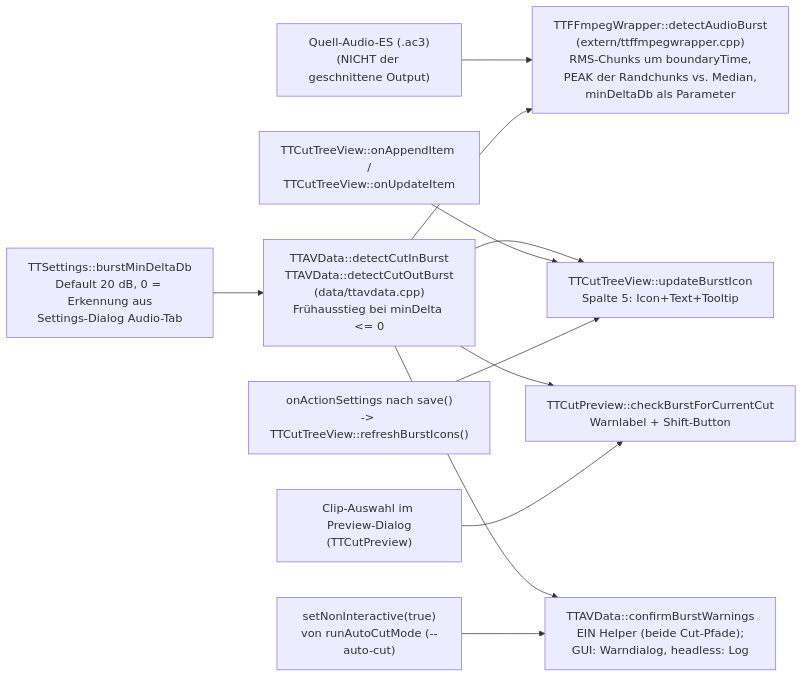
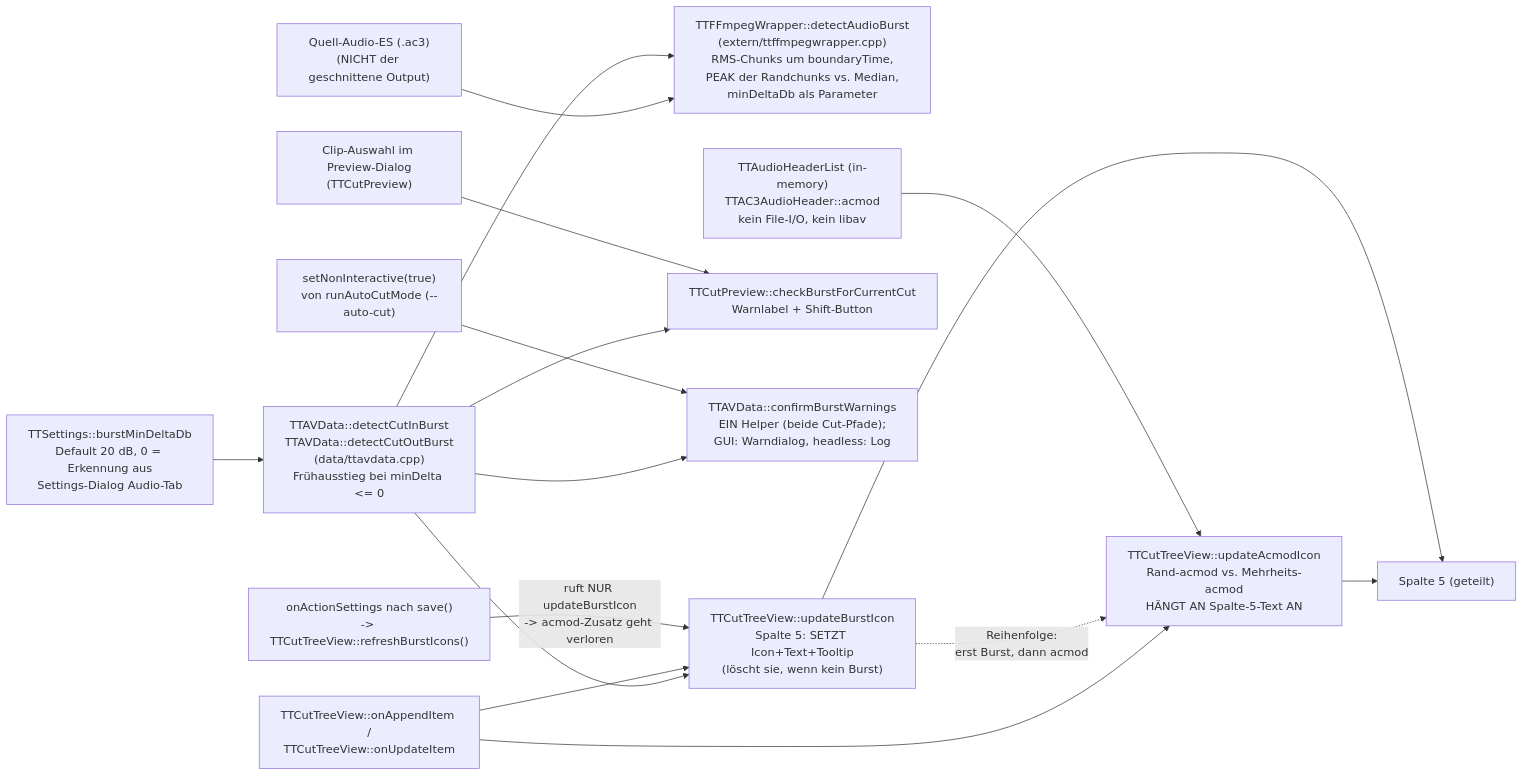
Before and after one commit to MINIXJR/TTCut-ng: the diagram in docs/code-map/burst-detection.md, drawn with Mermaid. The commit also changed other lines of this file and 1 other file, not shown here.

````diff
--- a/docs/code-map/burst-detection.md
+++ b/docs/code-map/burst-detection.md
@@ -24,25 +34,32 @@
 ```mermaid
 flowchart LR
     SRC["Quell-Audio-ES (.ac3)<br/>(NICHT der geschnittene Output)"]
     DET["TTFFmpegWrapper::detectAudioBurst<br/>(extern/ttffmpegwrapper.cpp)<br/>RMS-Chunks um boundaryTime,<br/>PEAK der Randchunks vs. Median,<br/>minDeltaDb als Parameter"]
     AVD["TTAVData::detectCutInBurst<br/>TTAVData::detectCutOutBurst<br/>(data/ttavdata.cpp)<br/>Frühausstieg bei minDelta &lt;= 0"]
     SET["TTSettings::burstMinDeltaDb<br/>Default 20 dB, 0 = Erkennung aus<br/>Settings-Dialog Audio-Tab"]
-    LIST["TTCutTreeView::updateBurstIcon<br/>Spalte 5: Icon+Text+Tooltip"]
+    LIST["TTCutTreeView::updateBurstIcon<br/>Spalte 5: SETZT Icon+Text+Tooltip<br/>(löscht sie, wenn kein Burst)"]
     APPEND["TTCutTreeView::onAppendItem /<br/>TTCutTreeView::onUpdateItem"]
     PREV["TTCutPreview::checkBurstForCurrentCut<br/>Warnlabel + Shift-Button"]
     SEL["Clip-Auswahl im Preview-Dialog<br/>(TTCutPreview)"]
     REFRESH["onActionSettings nach save()<br/>-> TTCutTreeView::refreshBurstIcons()"]
     FINAL["TTAVData::confirmBurstWarnings<br/>EIN Helper (beide Cut-Pfade);<br/>GUI: Warndialog, headless: Log"]
     NONINT["setNonInteractive(true)<br/>von runAutoCutMode (--auto-cut)"]
+    HDR["TTAudioHeaderList (in-memory)<br/>TTAC3AudioHeader::acmod<br/>kein File-I/O, kein libav"]
+    ACMOD["TTCutTreeView::updateAcmodIcon<br/>Rand-acmod vs. Mehrheits-acmod<br/>HÄNGT AN Spalte-5-Text AN"]
 
     SRC --> DET
     SET --> AVD
     AVD --> DET
     AVD --> LIST
     AVD --> PREV
     AVD --> FINAL
     APPEND --> LIST
-    REFRESH --> LIST
+    APPEND --> ACMOD
+    LIST -.->|"Reihenfolge:<br/>erst Burst, dann acmod"| ACMOD
+    HDR --> ACMOD
+    ACMOD --> COL5["Spalte 5 (geteilt)"]
+    LIST --> COL5
+    REFRESH -->|"ruft NUR updateBurstIcon<br/>-> acmod-Zusatz geht verloren"| LIST
     SEL --> PREV
     NONINT --> FINAL
 ```
````
